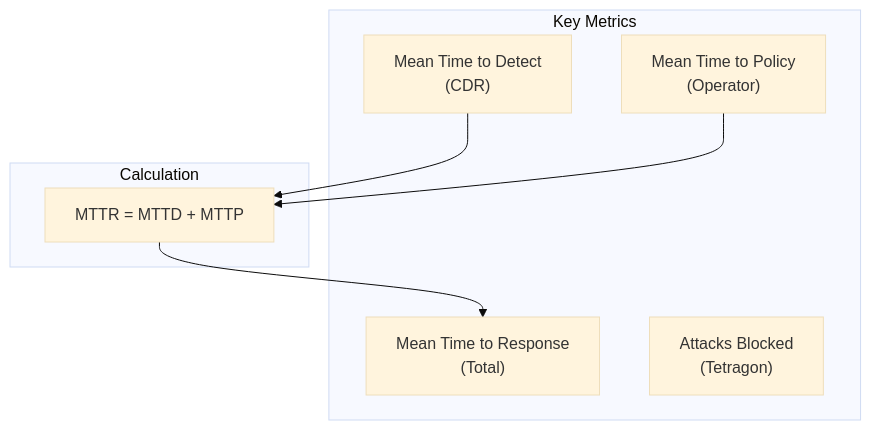
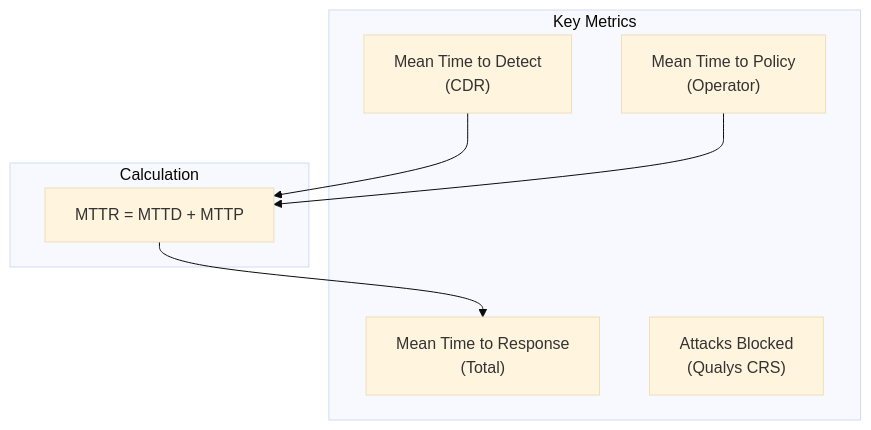
The tenth of 13 diagrams in docs/automated-threat-response.md (nelssec/qualys-ebpf), drawn with Mermaid (base theme) before and after one commit. The commit also changed other lines of this file and 12 other files, not shown here.

Commit message:
Rebrand to Qualys CRS, expand policy generation (15 use cases), add validation tests

````diff
--- a/docs/automated-threat-response.md
+++ b/docs/automated-threat-response.md
@@ -315,17 +315,17 @@
 ```mermaid
 flowchart TB
     subgraph Metrics["Key Metrics"]
         MTTD["Mean Time to Detect<br/>(CDR)"]
         MTTP["Mean Time to Policy<br/>(Operator)"]
         MTTR["Mean Time to Response<br/>(Total)"]
-        Blocked["Attacks Blocked<br/>(Tetragon)"]
+        Blocked["Attacks Blocked<br/>(Qualys CRS)"]
     end
 
     subgraph Formula["Calculation"]
         F1["MTTR = MTTD + MTTP"]
     end
 
     MTTD --> F1
     MTTP --> F1
     F1 --> MTTR
 ```
````
